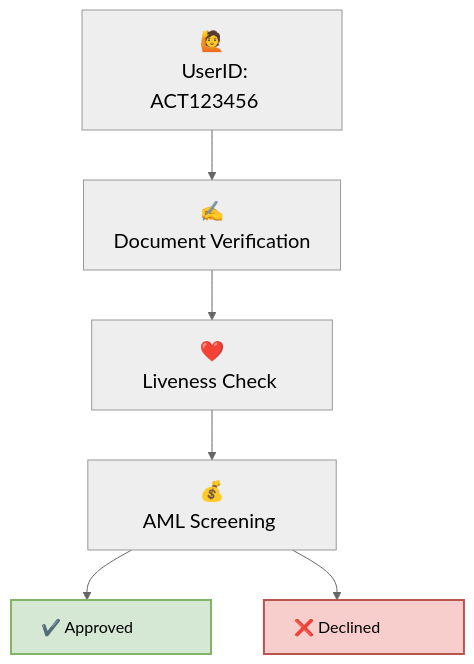
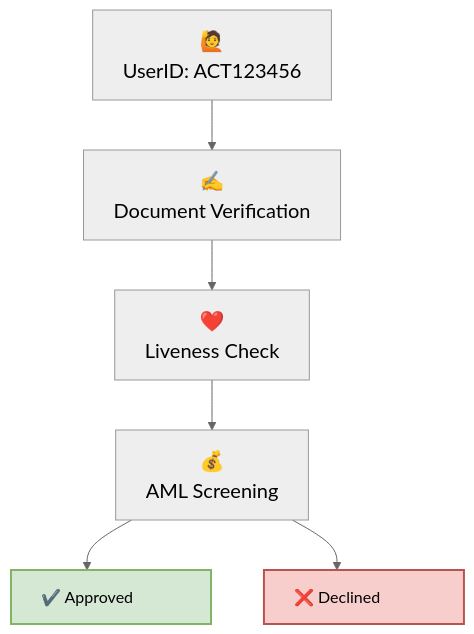
One commit to Fantastic-Devs/Mintlify changed the diagram in id/id.mdx. Above: the diagram before and after it, drawn with Mermaid (neutral theme).

````diff
--- a/id/id.mdx
+++ b/id/id.mdx
@@ -17,24 +17,23 @@
 ```mermaid
 
-%%{init: { "flowchart": { "htmlLabels": false }}}%%
 graph TB;
-    A["🙋<br>&nbsp;&nbsp;UserID: ACT123456&nbsp;&nbsp;&nbsp;"];
+    A["🙋<br>UserID: ACT123456"]
     B["✍<br>Document Verification"];
-    C["❤️<br>&nbsp;&nbsp;&nbsp;&nbspLiveness Check&nbsp;&nbsp;&nbsp;&nbsp;&nbsp;"];
-    D["💰<br>&nbsp;&nbsp;&nbsp;&nbsp;&nbsp;AML Screening&nbsp;&nbsp;&nbsp;&nbsp;&nbsp;&nbsp;"];
+    C["❤️<br>Liveness Check"];
+    D["💰<br>AML Screening"];
     E["✔️ Approved"];
     F["❌ Declined"];
 
     A --> B;
     B --> C;
     C --> D;
     D --> E;
     D --> F;
     %% Classes
     classDef largeText font-size:20px, text-align:center;
     class A,B,C,D largeText;
 
     style E fill:#d5e8d4,stroke:#82b366,stroke-width:2px, width:200px, display:block, margin:auto;
     style F fill:#f8cecc,stroke:#b85450,stroke-width:2px, width:200px, display:block, margin:auto;
 
 ```
````
